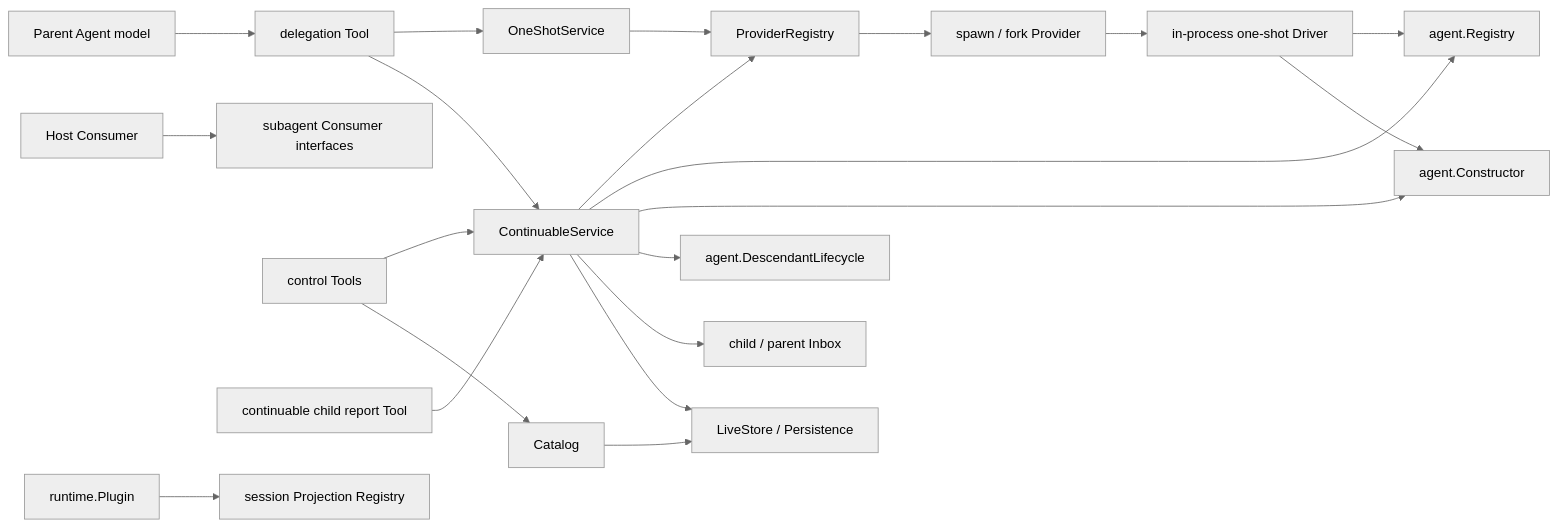
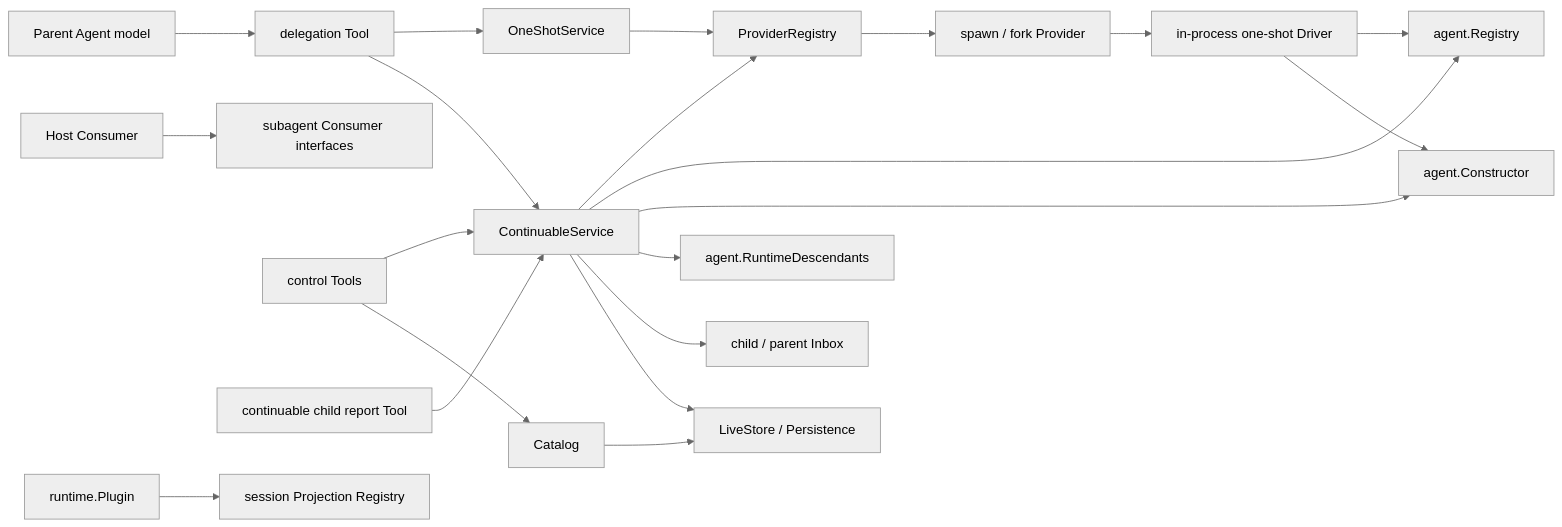
Before and after one commit to gorenx/goren: the first of 4 diagrams in subagent/docs/design.zh-CN.md, drawn with Mermaid (neutral theme). The commit also changed other lines of this file and 14 other files, not shown here.

Commit message:
docs(agent): finalize lifecycle refactor design

````diff
--- a/subagent/docs/design.zh-CN.md
+++ b/subagent/docs/design.zh-CN.md
@@ -135,23 +135,23 @@
 ```mermaid
 flowchart LR
     Model[Parent Agent model] --> Delegation[delegation Tool]
     Host[Host Consumer] --> Contracts[subagent Consumer interfaces]
     Delegation --> OneShot[OneShotService]
     Delegation --> Continuable[ContinuableService]
     Control[control Tools] --> Continuable
     Control --> Catalog[Catalog]
     Child[continuable child report Tool] --> Continuable
     OneShot --> Providers[ProviderRegistry]
     Continuable --> Providers
     Providers --> Provider[spawn / fork Provider]
     Provider --> Driver[in-process one-shot Driver]
     Driver --> Registry[agent.Registry]
     Driver --> Constructor[agent.Constructor]
     Continuable --> Registry
     Continuable --> Constructor
-    Continuable --> Descendants[agent.DescendantLifecycle]
+    Continuable --> Descendants[agent.RuntimeDescendants]
     Continuable --> Inbox[child / parent Inbox]
     Continuable --> Sessions[LiveStore / Persistence]
     Catalog --> Sessions
     Runtime[runtime.Plugin] --> Projection[session Projection Registry]
 ```
````
